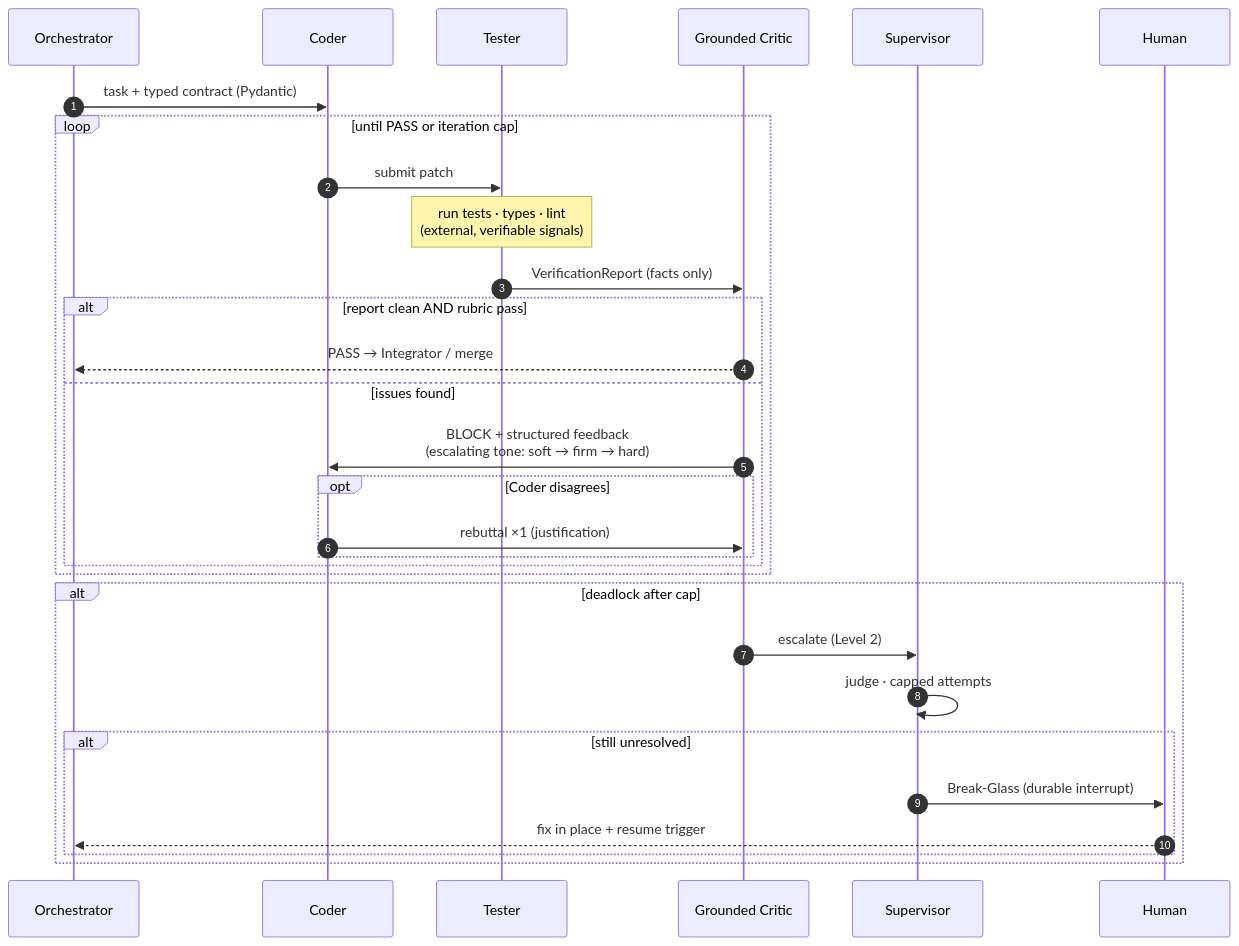
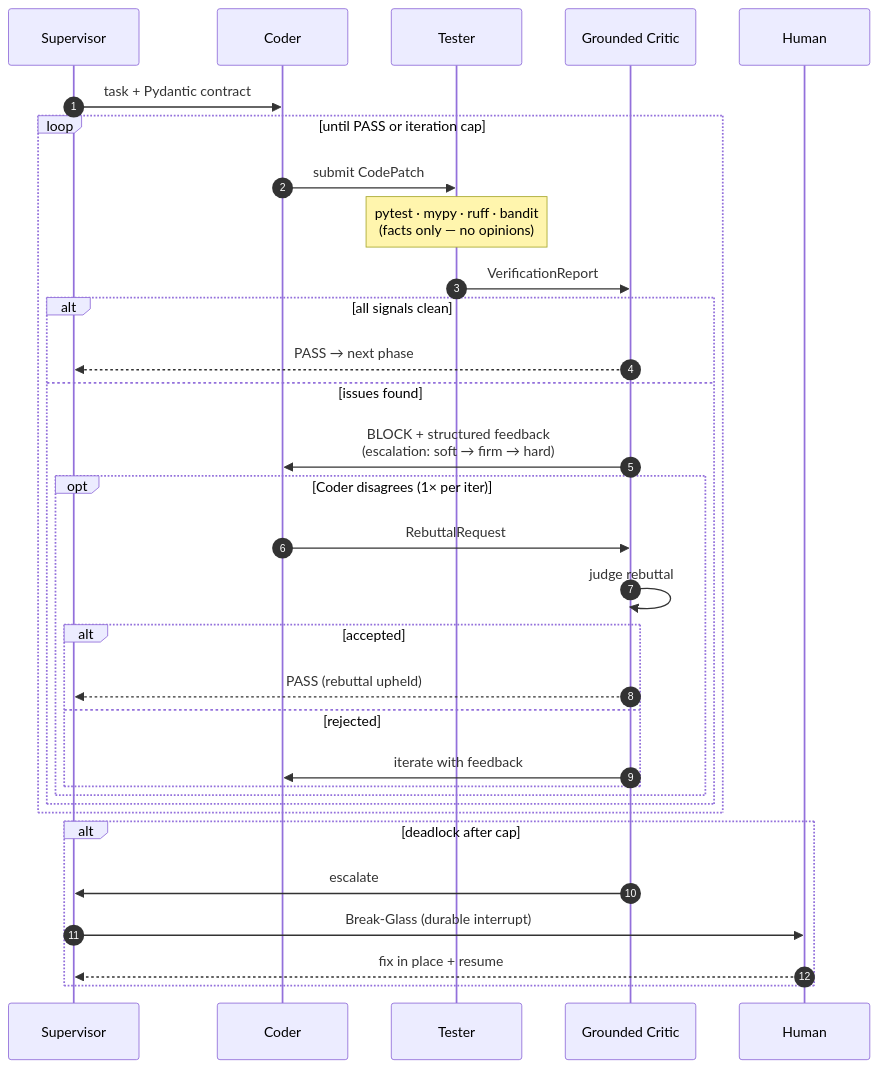
The second of 2 diagrams in README.md (MONaser04/Zyren-AI-Dev-Team-I), drawn with Mermaid before and after one commit. The commit also changed other lines of this file and 347 other files, not shown here.

````diff
--- a/README.md
+++ b/README.md
@@ -139,33 +141,35 @@
 ```mermaid
 sequenceDiagram
     autonumber
-    participant O as Orchestrator
+    participant S as Supervisor
     participant C as Coder
     participant T as Tester
     participant K as Grounded Critic
-    participant S as Supervisor
     participant H as Human
 
-    O->>C: task + typed contract (Pydantic)
+    S->>C: task + Pydantic contract
     loop until PASS or iteration cap
-        C->>T: submit patch
-        Note over T: run tests · types · lint<br/>(external, verifiable signals)
-        T->>K: VerificationReport (facts only)
-        alt report clean AND rubric pass
-            K-->>O: PASS → Integrator / merge
+        C->>T: submit CodePatch
+        Note over T: pytest · mypy · ruff · bandit<br/>(facts only — no opinions)
+        T->>K: VerificationReport
+        alt all signals clean
+            K-->>S: PASS → next phase
         else issues found
-            K->>C: BLOCK + structured feedback<br/>(escalating tone: soft → firm → hard)
-            opt Coder disagrees
-                C->>K: rebuttal ×1 (justification)
+            K->>C: BLOCK + structured feedback<br/>(escalation: soft → firm → hard)
+            opt Coder disagrees (1× per iter)
+                C->>K: RebuttalRequest
+                K->>K: judge rebuttal
+                alt accepted
+                    K-->>S: PASS (rebuttal upheld)
+                else rejected
+                    K->>C: iterate with feedback
+                end
             end
         end
     end
     alt deadlock after cap
-        K->>S: escalate (Level 2)
-        S->>S: judge · capped attempts
-        alt still unresolved
-            S->>H: Break-Glass (durable interrupt)
-            H-->>O: fix in place + resume trigger
-        end
+        K->>S: escalate
+        S->>H: Break-Glass (durable interrupt)
+        H-->>S: fix in place + resume
     end
 ```
````
